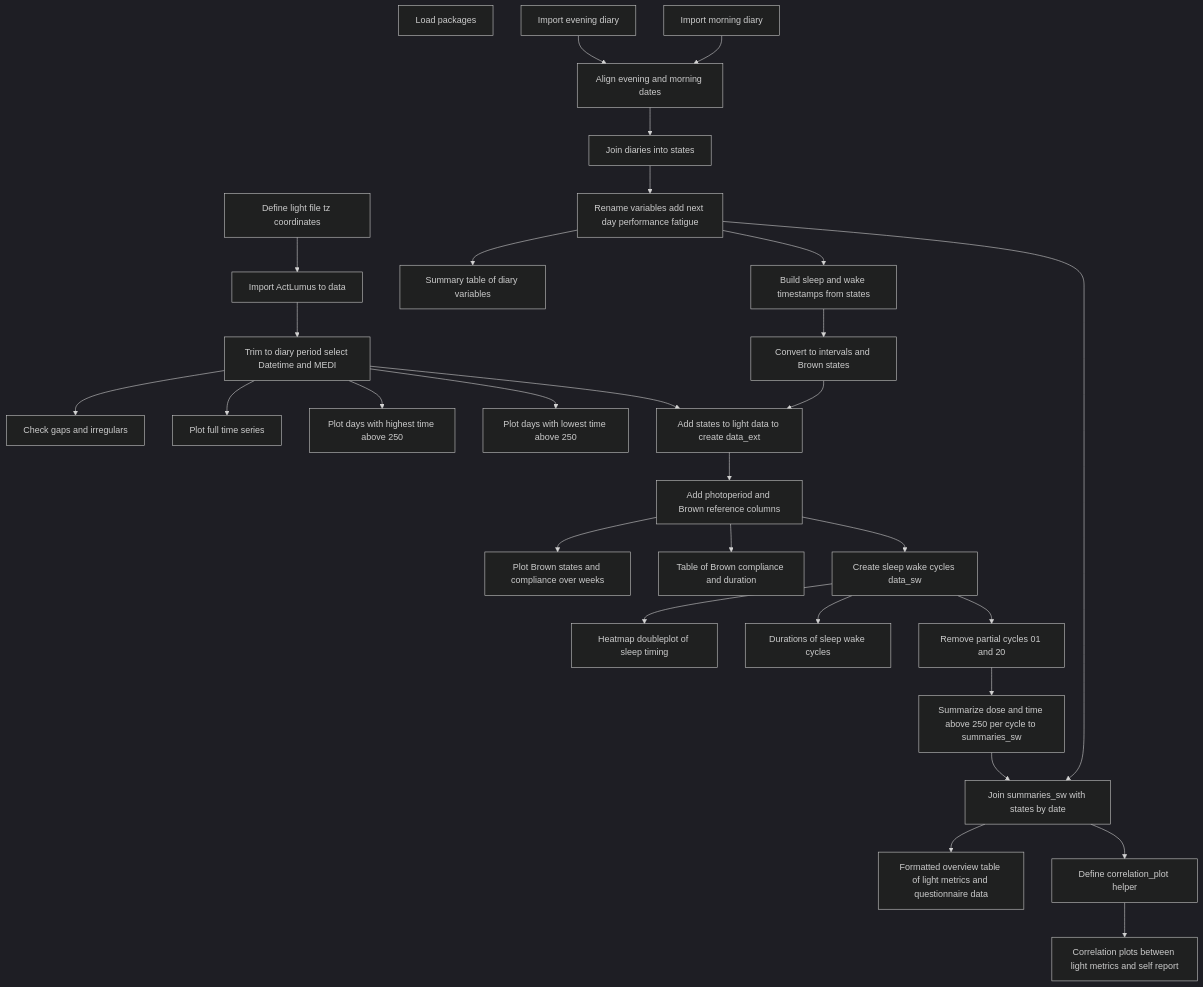
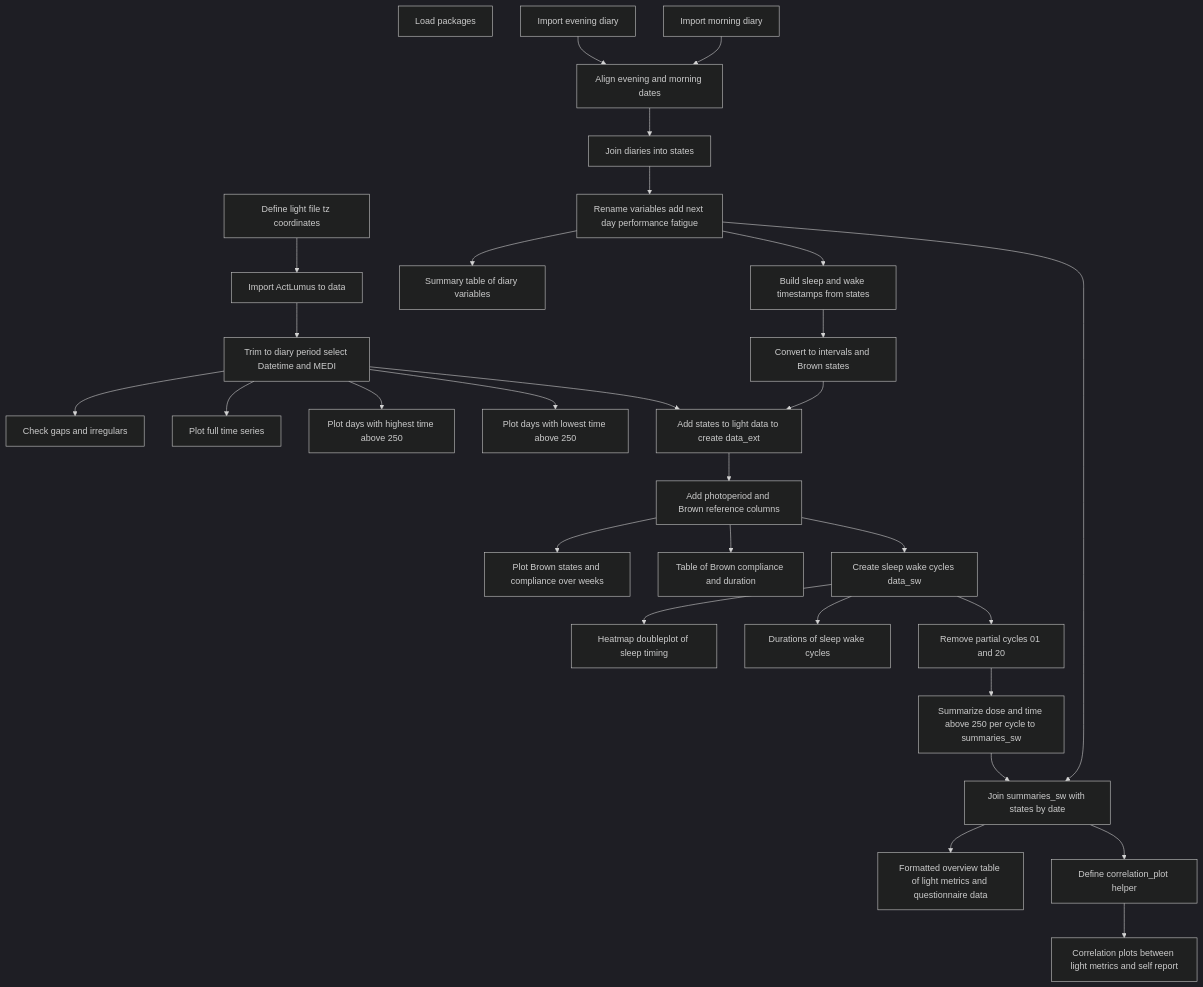
Before and after one commit to tscnlab/LightLogR_webinar: the diagram in _adv_02_mermaid.qmd, drawn with Mermaid (dark theme). The commit also changed 41 other files, not shown here.

Commit message:
removed active mermaid dependencies

```diff
--- a/_adv_02_mermaid.qmd
+++ b/_adv_02_mermaid.qmd
@@ -3,7 +3,7 @@
 %%| label: fig-flowchart
 %%| fig-width: 8
 %%| fig-cap: "Flowchart diagram of the *Case of light sensitivity* use case."
-%%{init: {"flowchart": {"diagramPadding": 40}}}%%
+%%{init: {"flowchart": {"diagramPadding": 50}}}%%
 
 flowchart TD
 
```
